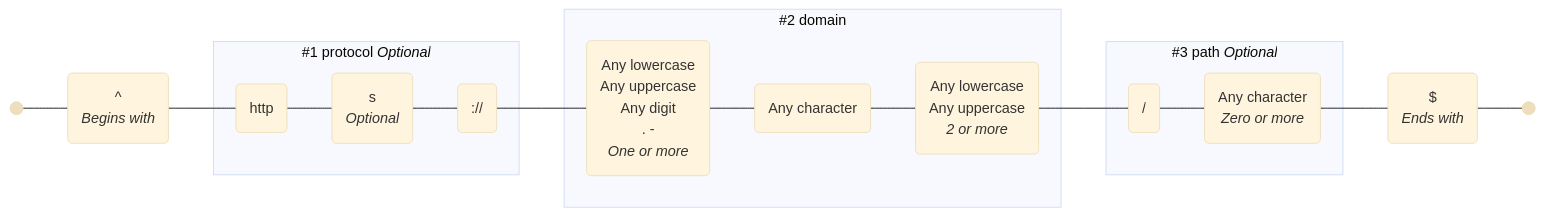
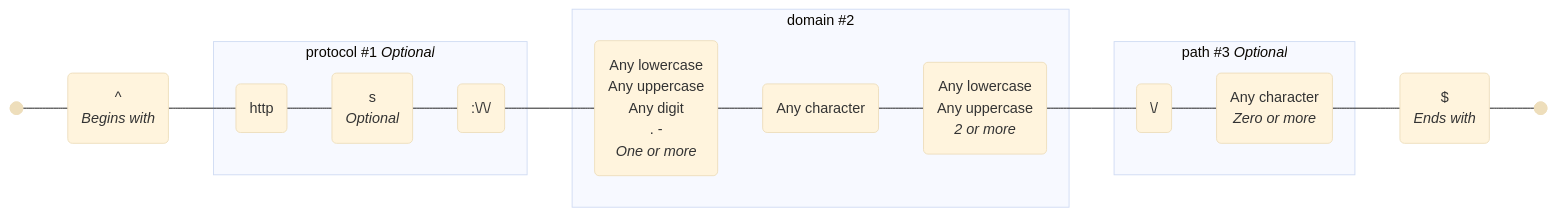
The fifth of 5 diagrams in THEMES.md (tayles/regex-to-mermaid), drawn with Mermaid (base theme) before and after one commit. The commit also changed other lines of this file and 89 other files, not shown here.

````diff
--- a/THEMES.md
+++ b/THEMES.md
@@ -402,50 +494,50 @@
 ```mermaid
 graph LR
   accTitle: "Regex: ^(?<protocol>https?:\\/\\/)?(?<domain>[a-zA-Z0-9.-]+\\.[a-zA-Z]{2,})(?<path>\\/.*)?$"
-  accDescr: "Generated with regex-to-mermaid@1.0.4"
+  accDescr: "Generated with regex-to-mermaid@2.0.0"
 
   %% Nodes
   start@{ shape: f-circ };
   fin@{ shape: f-circ };
   assertion_1("^<br><i>Begins with</i>"):::assertion;
   literal_1("http"):::literal;
   literal_2("s<br><i>Optional</i>"):::literal;
-  literal_3("://"):::literal;
+  literal_3(":\/\/"):::literal;
   char_class_1("Any lowercase<br>Any uppercase<br>Any digit<br>. -<br><i>One or more</i>"):::char-class;
   literal_4("Any character"):::literal;
   char_class_2("Any lowercase<br>Any uppercase<br><i>2 or more</i>"):::char-class;
-  literal_5("/"):::literal;
-  literal_6("Any character<br><i>Zero or more</i>"):::literal;
+  literal_5("\/"):::literal;
+  char_set_1("Any character<br><i>Zero or more</i>"):::char-set;
   assertion_2("$<br><i>Ends with</i>"):::assertion;
 
   %% Subgraphs
-  subgraph named_capture_1 ["#1 protocol <i>Optional</i>"]
+  subgraph named_capture_1 ["protocol #1 <i>Optional</i>"]
     literal_1
     literal_2
     literal_3
   end
 
-  subgraph named_capture_2 ["#2 domain"]
+  subgraph named_capture_2 ["domain #2"]
     char_class_1
     literal_4
     char_class_2
   end
 
-  subgraph named_capture_3 ["#3 path <i>Optional</i>"]
+  subgraph named_capture_3 ["path #3 <i>Optional</i>"]
     literal_5
-    literal_6
+    char_set_1
   end
 
   %% Edges
   start --- assertion_1;
   assertion_1 --- literal_1;
   literal_1 --- literal_2;
   literal_2 --- literal_3;
   literal_3 --- char_class_1;
   char_class_1 --- literal_4;
   literal_4 --- char_class_2;
   char_class_2 --- literal_5;
-  literal_5 --- literal_6;
-  literal_6 --- assertion_2;
+  literal_5 --- char_set_1;
+  char_set_1 --- assertion_2;
   assertion_2 --- fin;
 ```
````
